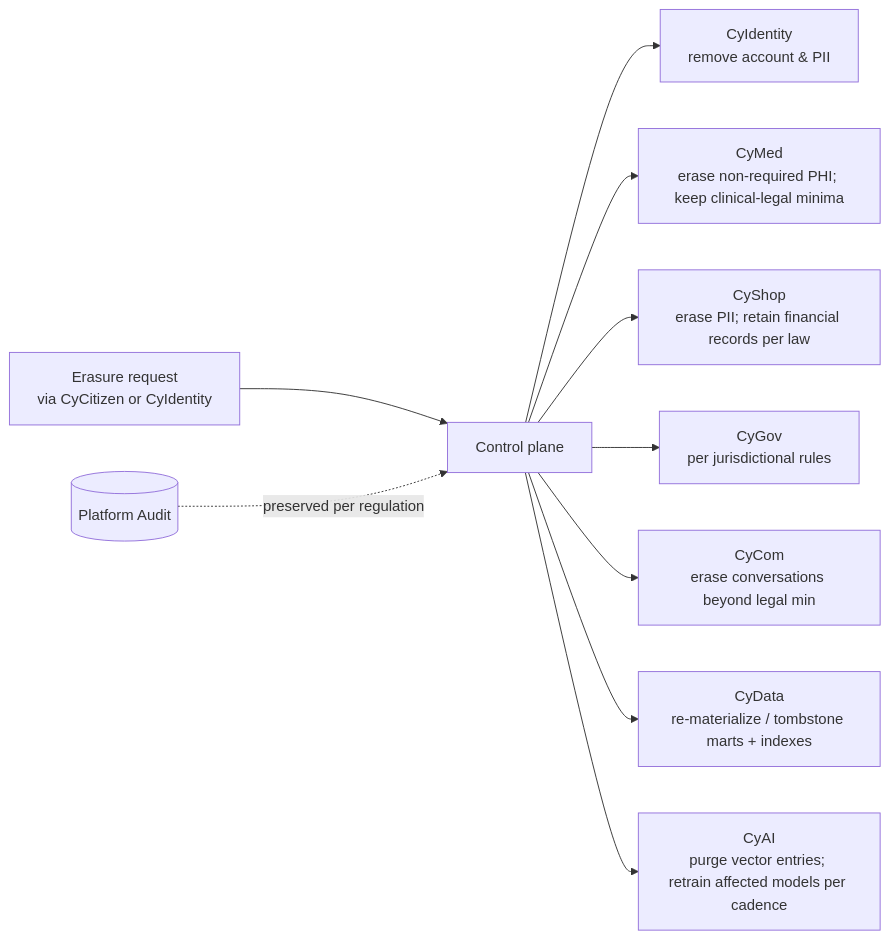
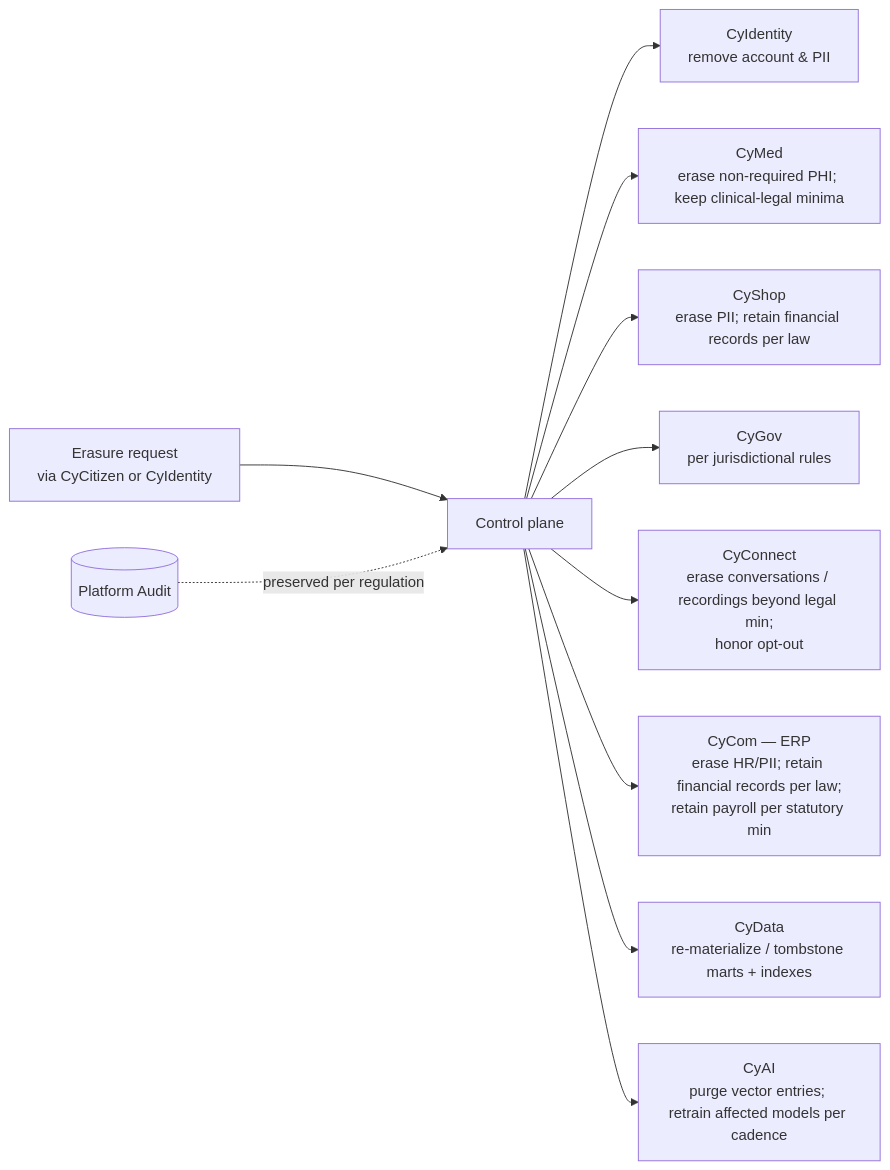
The diagram in docs/architecture/data_ownership_matrix.md (eng9myan/CyberCom-Platform), drawn with Mermaid before and after one commit. The commit also changed other lines of this file and 9 other files, not shown here.

First line of the commit message:
docs(adr,architecture,platforms): apply Architecture Board correction (ADR-0018 + ADR-0019)

````diff
--- a/docs/architecture/data_ownership_matrix.md
+++ b/docs/architecture/data_ownership_matrix.md
@@ -150,12 +185,13 @@
 ```mermaid
 flowchart LR
   REQ[Erasure request<br/>via CyCitizen or CyIdentity] --> CTRL[Control plane]
   CTRL --> CYID[CyIdentity<br/>remove account & PII]
   CTRL --> CYMED[CyMed<br/>erase non-required PHI; keep clinical-legal minima]
   CTRL --> CYSHOP[CyShop<br/>erase PII; retain financial records per law]
   CTRL --> CYGOV[CyGov<br/>per jurisdictional rules]
-  CTRL --> CYCOM[CyCom<br/>erase conversations beyond legal min]
+  CTRL --> CYCONNECT[CyConnect<br/>erase conversations / recordings beyond legal min;<br/>honor opt-out]
+  CTRL --> CYCOM[CyCom — ERP<br/>erase HR/PII; retain financial records per law;<br/>retain payroll per statutory min]
   CTRL --> CYDATA[CyData<br/>re-materialize / tombstone marts + indexes]
   CTRL --> CYAI[CyAI<br/>purge vector entries; retrain affected models per cadence]
   AUDIT[(Platform Audit)] -. preserved per regulation .-> CTRL
 ```
````
